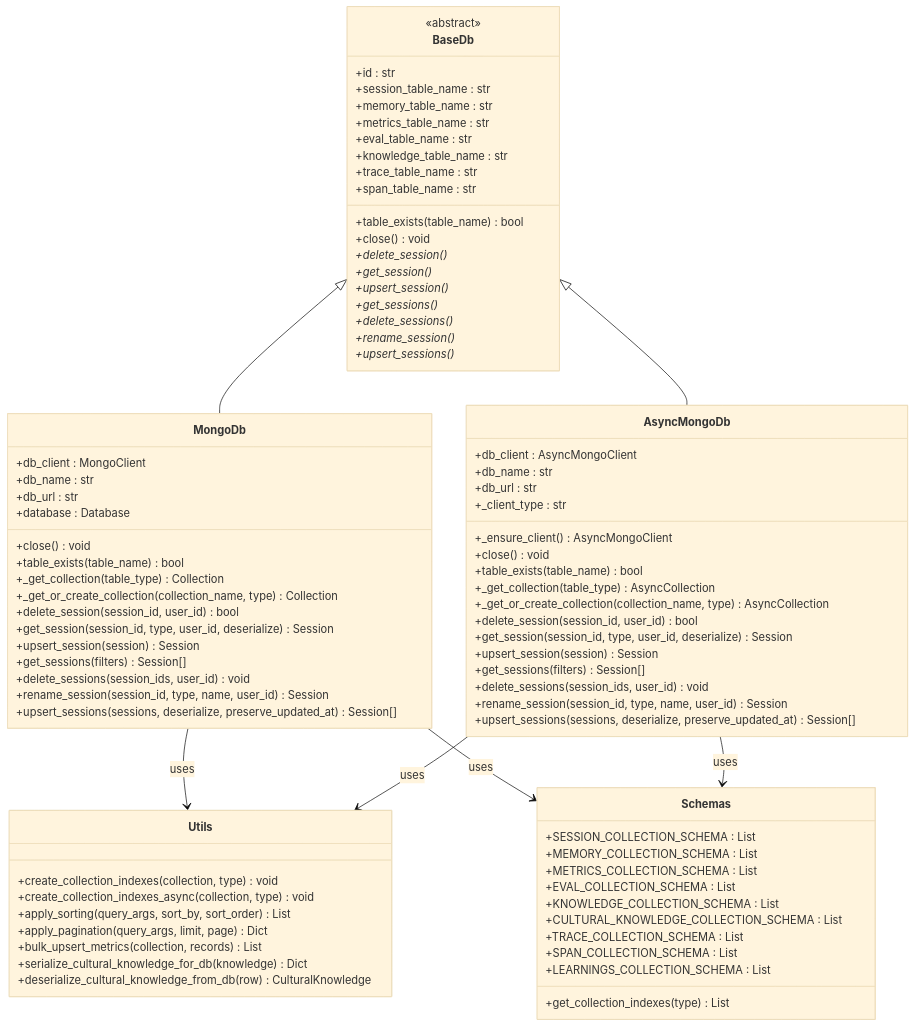
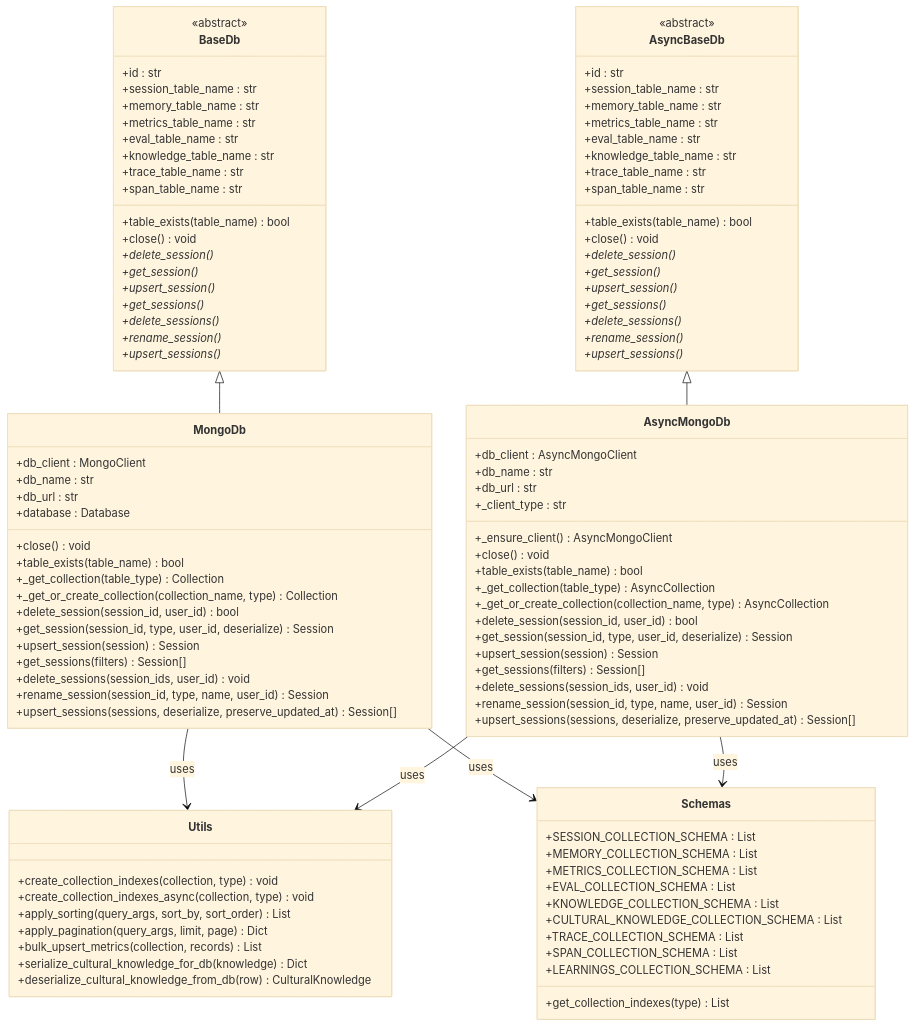
The second of 6 diagrams in .qoder/repowiki/zh/content/存储系统/数据库实现/MongoDB 存储实现.md (defulat-coder/agno-learn), drawn with Mermaid (base theme) before and after one commit. The commit also changed other lines of this file and 1683 other files, not shown here.

````diff
--- a/.qoder/repowiki/zh/content/存储系统/数据库实现/MongoDB 存储实现.md
+++ b/.qoder/repowiki/zh/content/存储系统/数据库实现/MongoDB 存储实现.md
@@ -126,6 +144,26 @@
 ```mermaid
 classDiagram
 class BaseDb {
+<<abstract>>
++id : str
++session_table_name : str
++memory_table_name : str
++metrics_table_name : str
++eval_table_name : str
++knowledge_table_name : str
++trace_table_name : str
++span_table_name : str
++table_exists(table_name) bool
++close() void
++delete_session()*
++get_session()*
++upsert_session()*
++get_sessions()*
++delete_sessions()*
++rename_session()*
++upsert_sessions()*
+}
+class AsyncBaseDb {
 <<abstract>>
 +id : str
 +session_table_name : str
@@ -202,7 +240,7 @@
 +get_collection_indexes(type) List
 }
 BaseDb <|-- MongoDb
-BaseDb <|-- AsyncMongoDb
+AsyncBaseDb <|-- AsyncMongoDb
 MongoDb --> Utils : uses
 AsyncMongoDb --> Utils : uses
 MongoDb --> Schemas : uses
````
